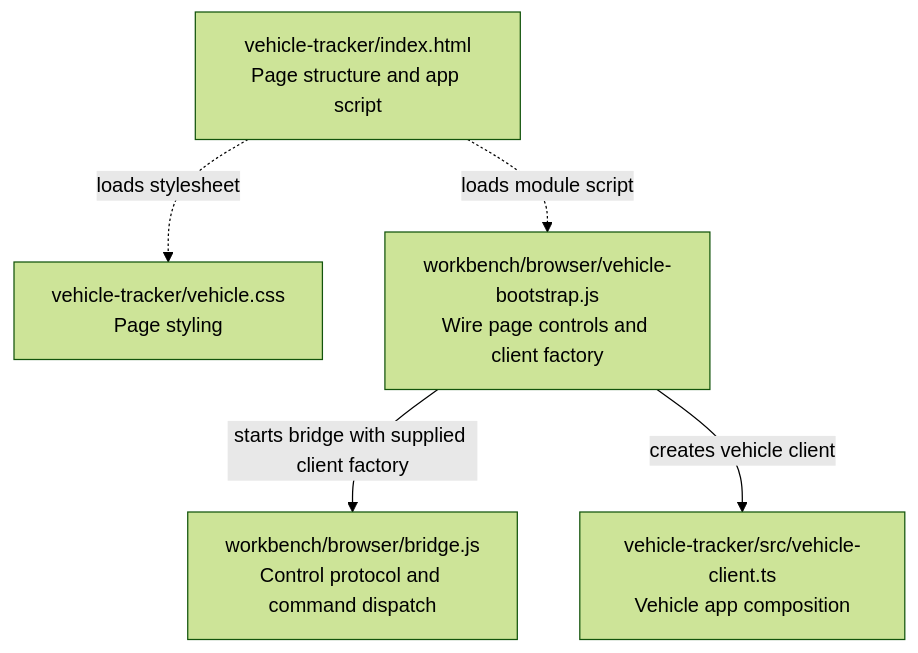
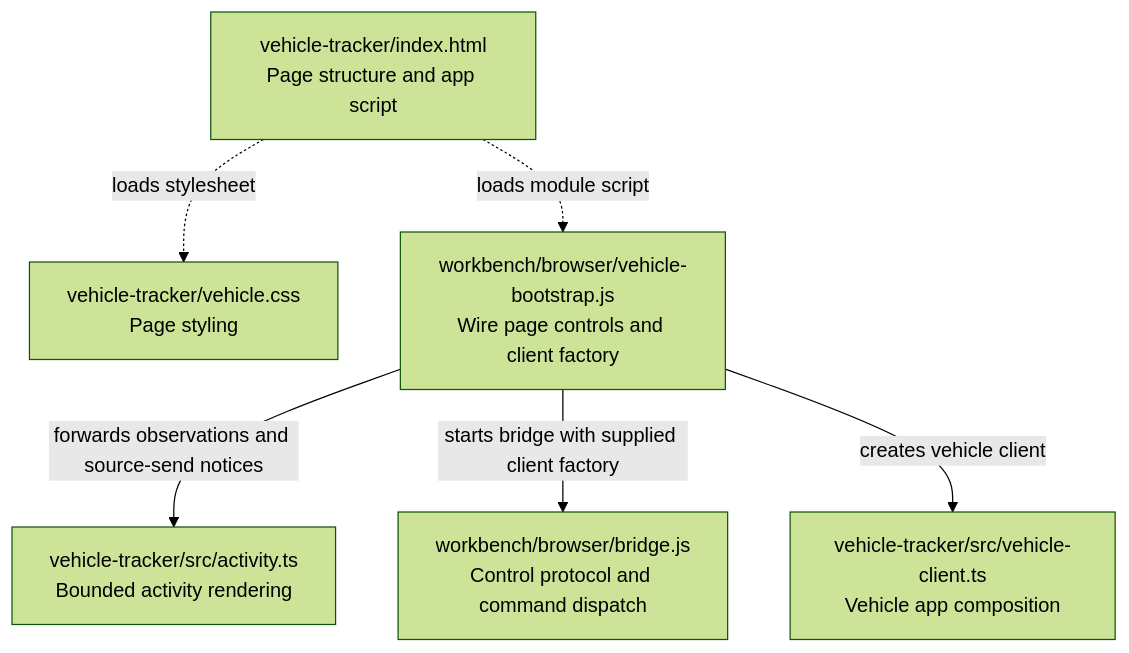
Before and after one commit to sproates/zooglass: the second of 2 diagrams in incubator/vehicle-tracker/docs/source-map.md, drawn with Mermaid (forest theme). The commit also changed other lines of this file and 17 other files, not shown here.

First line of the commit message:
Explain vehicle demo steps and show recent run activity (#61)

````diff
--- a/incubator/vehicle-tracker/docs/source-map.md
+++ b/incubator/vehicle-tracker/docs/source-map.md
@@ -49,12 +55,14 @@
 ```mermaid
 flowchart TB
   html["vehicle-tracker/index.html<br/>Page structure and app script"]
   css["vehicle-tracker/vehicle.css<br/>Page styling"]
   bootstrap["workbench/browser/vehicle-bootstrap.js<br/>Wire page controls and client factory"]
   bridge["workbench/browser/bridge.js<br/>Control protocol and command dispatch"]
   client["vehicle-tracker/src/vehicle-client.ts<br/>Vehicle app composition"]
   html -.->|loads stylesheet| css
   html -.->|loads module script| bootstrap
+  activity["vehicle-tracker/src/activity.ts<br/>Bounded activity rendering"]
+  bootstrap -->|forwards observations and source-send notices| activity
   bootstrap -->|starts bridge with supplied client factory| bridge
   bootstrap -->|creates vehicle client| client
 ```
````
